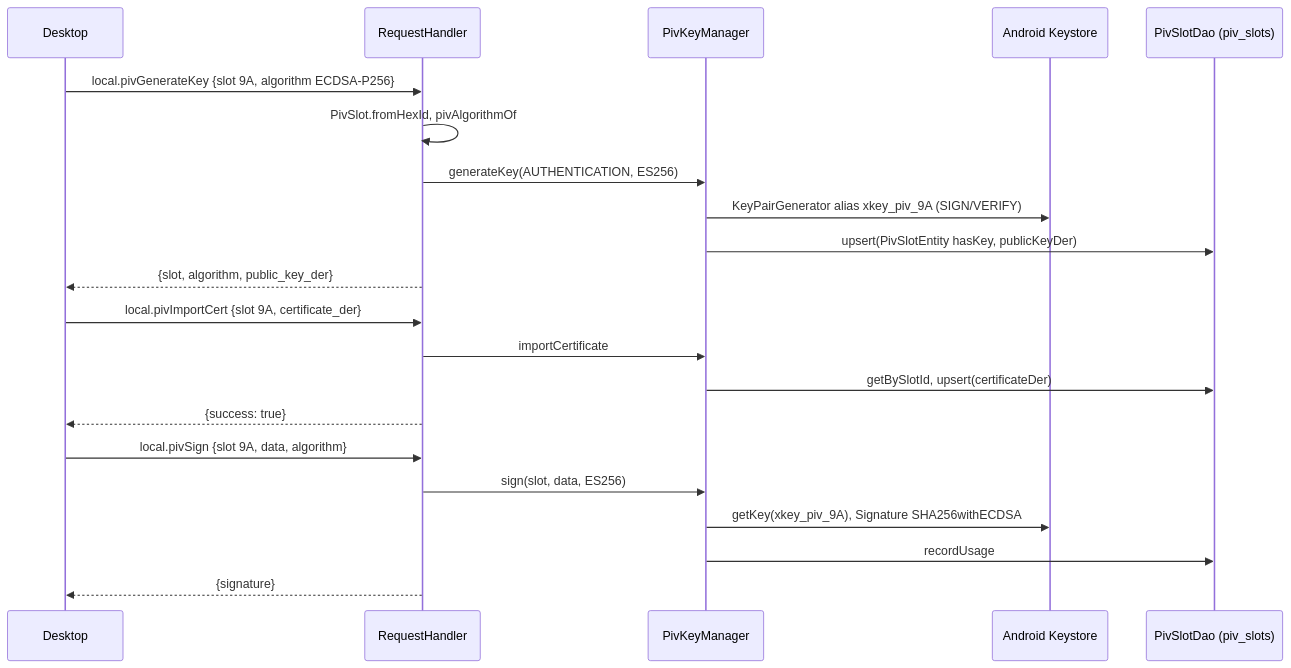
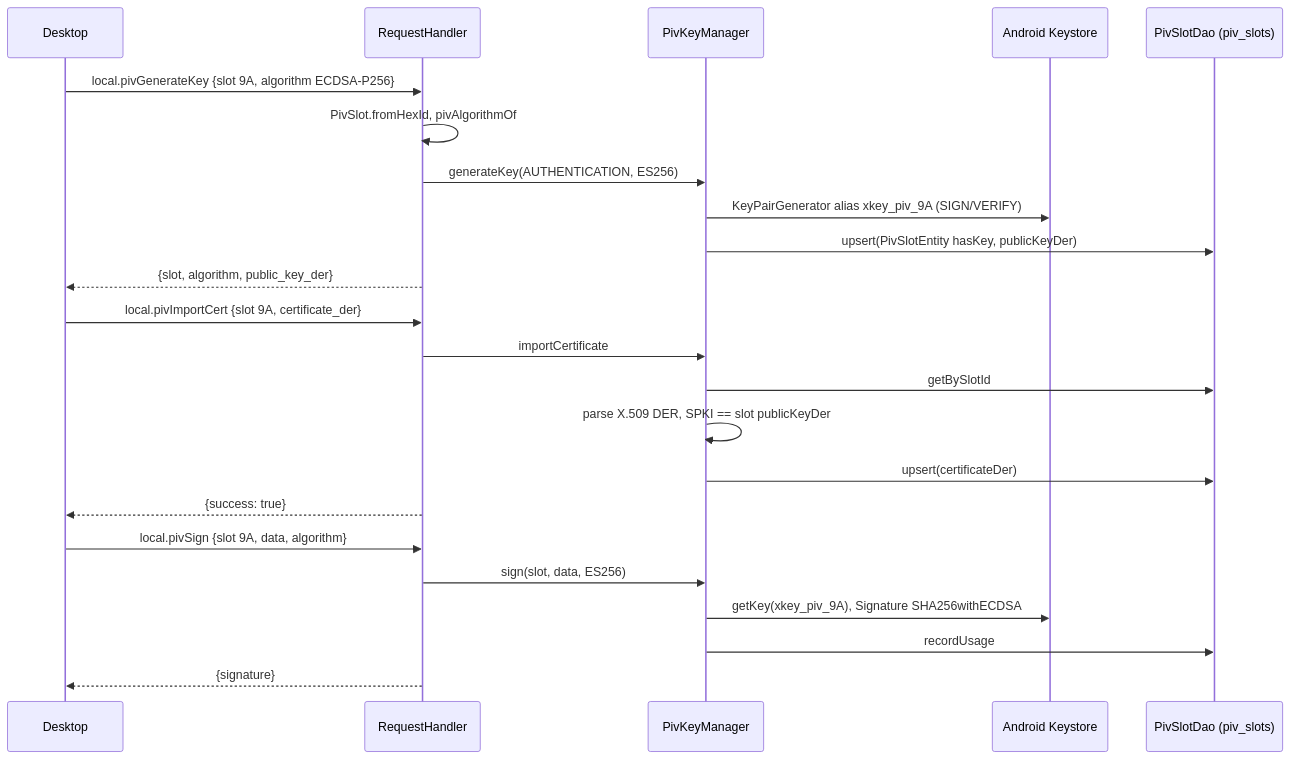
One commit to jeremyhahn/xkey-android changed the diagram in docs/piv/architecture.md. Above: the diagram before and after it, drawn with Mermaid. The commit also changed other lines of this file, not shown here.

First line of the commit message:
docs: pivImportCert checks the certificate's key against the slot

````diff
--- a/docs/piv/architecture.md
+++ b/docs/piv/architecture.md
@@ -53,26 +53,28 @@
 ```mermaid
 sequenceDiagram
     participant D as Desktop
     participant H as RequestHandler
     participant P as PivKeyManager
     participant KS as Android Keystore
     participant DB as PivSlotDao (piv_slots)
 
     D->>H: local.pivGenerateKey {slot 9A, algorithm ECDSA-P256}
     H->>H: PivSlot.fromHexId, pivAlgorithmOf
     H->>P: generateKey(AUTHENTICATION, ES256)
     P->>KS: KeyPairGenerator alias xkey_piv_9A (SIGN/VERIFY)
     P->>DB: upsert(PivSlotEntity hasKey, publicKeyDer)
     H-->>D: {slot, algorithm, public_key_der}
 
     D->>H: local.pivImportCert {slot 9A, certificate_der}
     H->>P: importCertificate
-    P->>DB: getBySlotId, upsert(certificateDer)
+    P->>DB: getBySlotId
+    P->>P: parse X.509 DER, SPKI == slot publicKeyDer
+    P->>DB: upsert(certificateDer)
     H-->>D: {success: true}
 
     D->>H: local.pivSign {slot 9A, data, algorithm}
     H->>P: sign(slot, data, ES256)
     P->>KS: getKey(xkey_piv_9A), Signature SHA256withECDSA
     P->>DB: recordUsage
     H-->>D: {signature}
 ```
````
